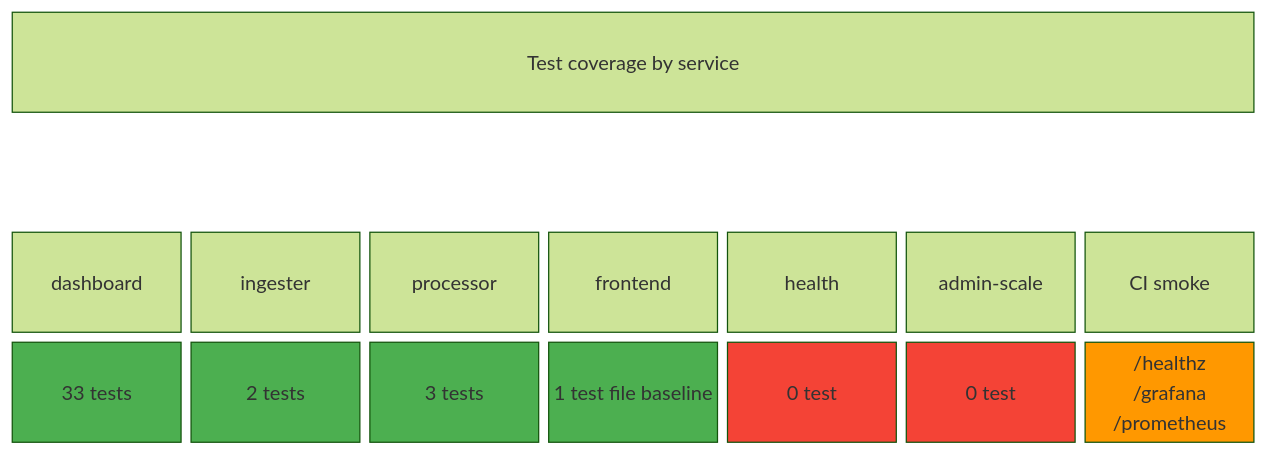
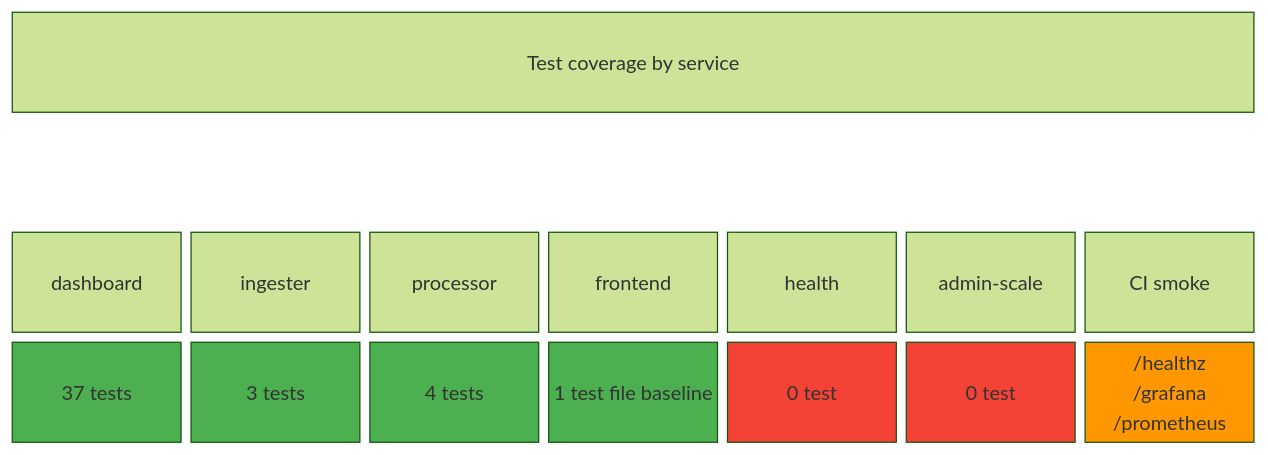
One commit to ClementV78/CloudRadar changed the first of 9 diagrams in docs/code-reviews/test-strategy-review.md. Above: the diagram before and after it, drawn with Mermaid (forest theme). The commit also changed other lines of this file, not shown here.

First line of the commit message:
docs(test): refresh test strategy review coherence

````diff
--- a/docs/code-reviews/test-strategy-review.md
+++ b/docs/code-reviews/test-strategy-review.md
@@ -41,18 +49,18 @@
 ```mermaid
 block-beta
   columns 7
   header["Test coverage by service"]:7
   space:7
   A["dashboard"] B["ingester"] C["processor"] D["frontend"] E["health"] F["admin-scale"] G["CI smoke"]
-  A1["33 tests"] B1["2 tests"] C1["3 tests"] D1["1 test file baseline"] E1["0 test"] F1["0 test"] G1["/healthz
+  A1["37 tests"] B1["3 tests"] C1["4 tests"] D1["1 test file baseline"] E1["0 test"] F1["0 test"] G1["/healthz
 /grafana
 /prometheus"]
 
   style A1 fill:#4caf50,color:#fff
   style B1 fill:#4caf50,color:#fff
   style C1 fill:#4caf50,color:#fff
   style D1 fill:#4caf50,color:#fff
   style E1 fill:#f44336,color:#fff
   style F1 fill:#f44336,color:#fff
   style G1 fill:#ff9800,color:#fff
 ```
````
